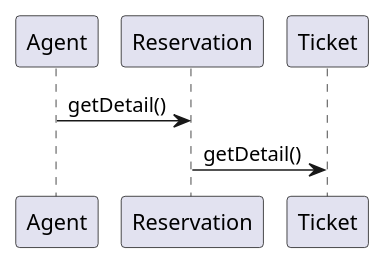
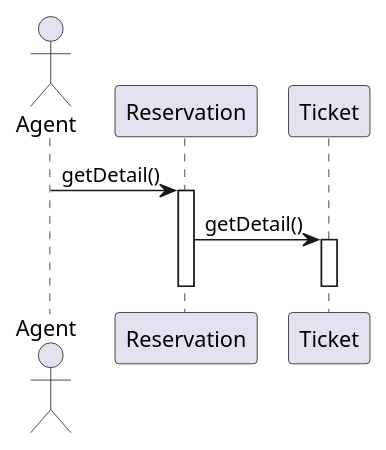
One commit to AlperenElbasan/FlightReservationSystem changed the diagram in Diagrams/Sequence/Agent/5_view_details_of_reservations.puml. Above: the diagram before and after it, drawn with PlantUML. The commit also changed 5 other files, not shown here.

```diff
--- a/Diagrams/Sequence/Agent/5_view_details_of_reservations.puml
+++ b/Diagrams/Sequence/Agent/5_view_details_of_reservations.puml
@@ -1,4 +1,12 @@
-@startuml
+@startuml ViewDetailsOfReservation
+
+Actor Agent
+
 Agent -> Reservation : getDetail()
+activate Reservation
 Reservation -> Ticket : getDetail()
+activate Ticket
+deactivate
+deactivate
+
 @enduml
```
